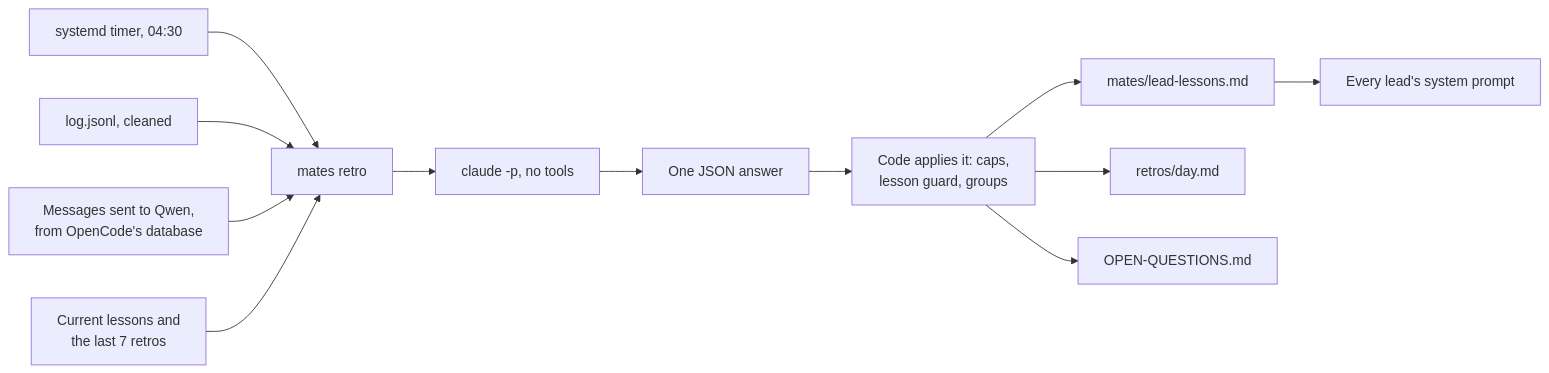
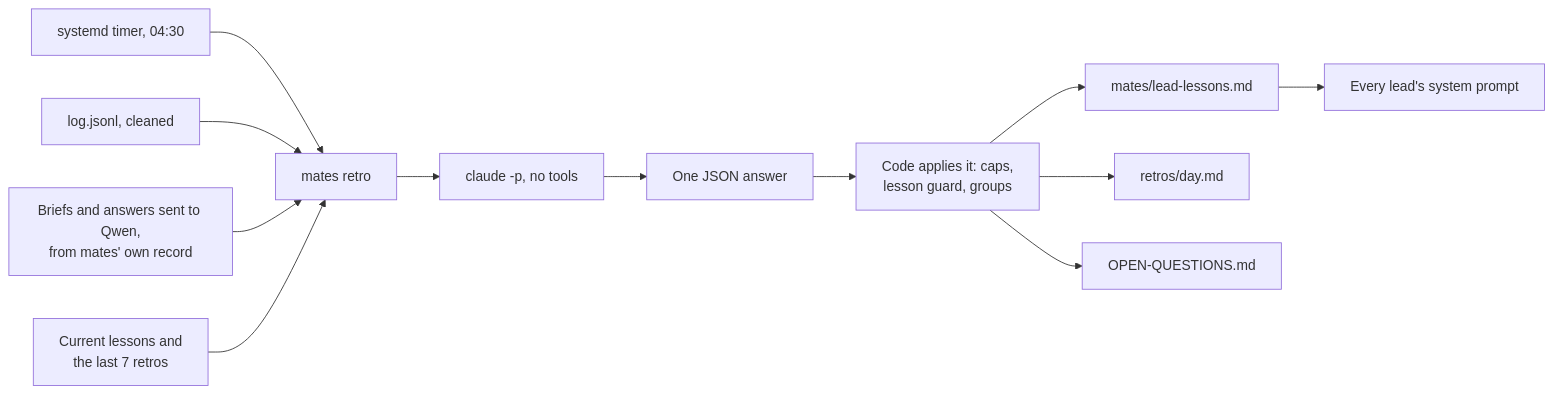
One commit to wai-lau/mates changed the fourth of 4 diagrams in ARCHITECTURE.md. Above: the diagram before and after it, drawn with Mermaid. The commit also changed other lines of this file and 6 other files, not shown here.

First line of the commit message:
retro: read mates' own record of briefs and answers, never Qwen's database

````diff
--- a/ARCHITECTURE.md
+++ b/ARCHITECTURE.md
@@ -914,14 +914,14 @@
 ```mermaid
 flowchart LR
     timer["systemd timer, 04:30"] --> retro["mates retro"]
     log["log.jsonl, cleaned"] --> retro
-    chats["Messages sent to Qwen,<br/>from OpenCode's database"] --> retro
+    chats["Briefs and answers sent to Qwen,<br/>from mates' own record"] --> retro
     past["Current lessons and<br/>the last 7 retros"] --> retro
     retro --> claude["claude -p, no tools"]
     claude --> answer["One JSON answer"]
     answer --> apply["Code applies it: caps,<br/>lesson guard, groups"]
     apply --> lessons["mates/lead-lessons.md"]
     apply --> file["retros/day.md"]
     apply --> questions["OPEN-QUESTIONS.md"]
     lessons --> prompt["Every lead's system prompt"]
 ```
````
